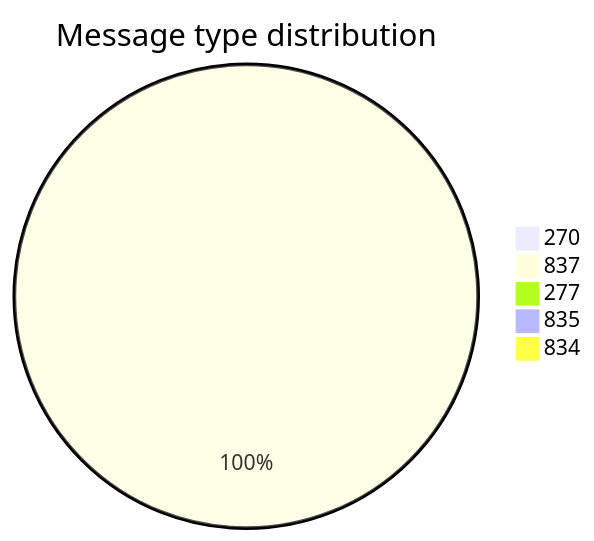
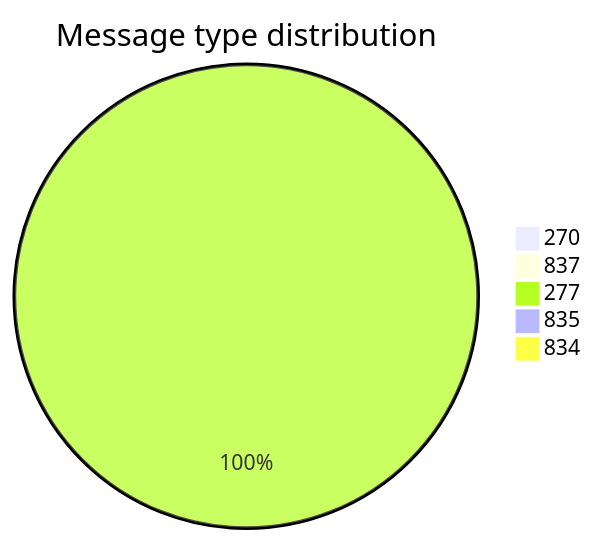
The second of 11 diagrams in test-tools/DataGen/src/Statistics_Visualizer.md (dhagan-va/intern-2025), drawn with Mermaid before and after one commit. The commit also changed other lines of this file and 3 other files, not shown here.

````diff
--- a/test-tools/DataGen/src/Statistics_Visualizer.md
+++ b/test-tools/DataGen/src/Statistics_Visualizer.md
@@ -28,8 +28,8 @@
 ```mermaid
 pie title Message type distribution
     "270" : 0
-    "837" : 35
-    "277" : 0
+    "837" : 0
+    "277" : 60
     "835" : 0
     "834" : 0
 ```
````
